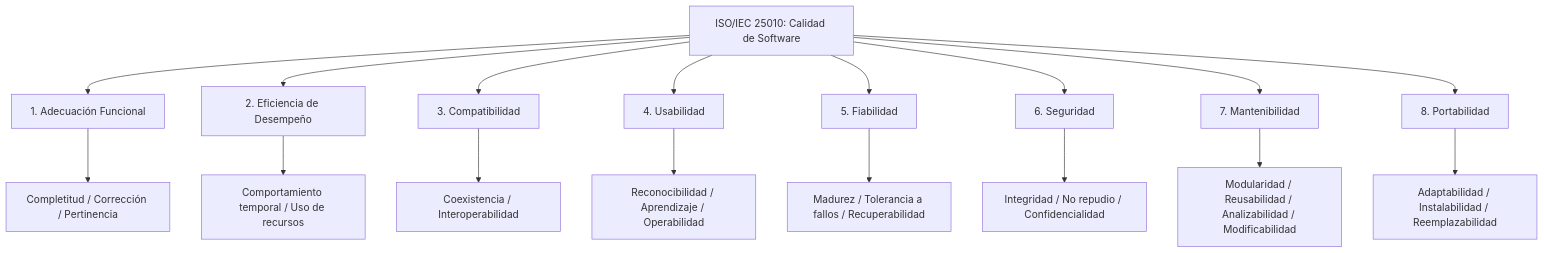
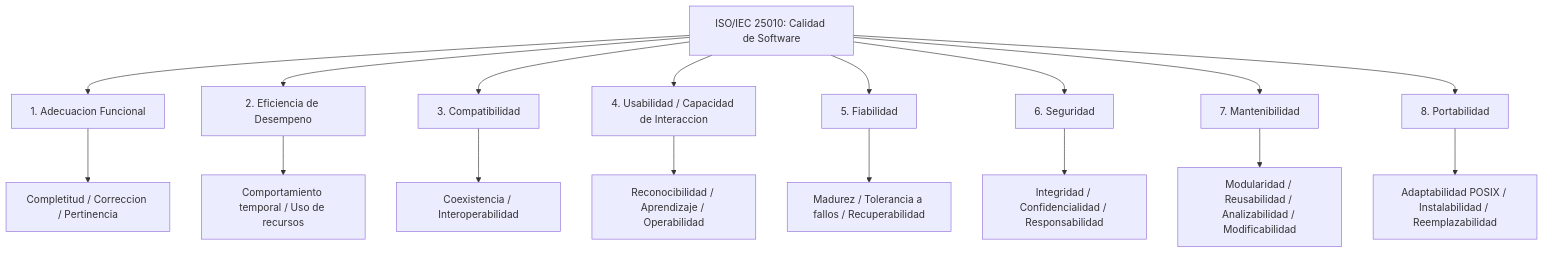
Before and after one commit to jefazo-isc/aguascavulkan: the diagram in docs/ISO_IEC_25010.md, drawn with Mermaid. The commit also changed other lines of this file and 129 other files, not shown here.

````diff
--- a/docs/ISO_IEC_25010.md
+++ b/docs/ISO_IEC_25010.md
@@ -10,22 +10,22 @@
 ```mermaid
 graph TD
     ISO["ISO/IEC 25010: Calidad de Software"]
-    
-    ISO --> C1["1. Adecuación Funcional"]
-    ISO --> C2["2. Eficiencia de Desempeño"]
+
+    ISO --> C1["1. Adecuacion Funcional"]
+    ISO --> C2["2. Eficiencia de Desempeno"]
     ISO --> C3["3. Compatibilidad"]
-    ISO --> C4["4. Usabilidad"]
+    ISO --> C4["4. Usabilidad / Capacidad de Interaccion"]
     ISO --> C5["5. Fiabilidad"]
     ISO --> C6["6. Seguridad"]
     ISO --> C7["7. Mantenibilidad"]
     ISO --> C8["8. Portabilidad"]
-    
-    C1 --> C1_1["Completitud / Corrección / Pertinencia"]
+
+    C1 --> C1_1["Completitud / Correccion / Pertinencia"]
     C2 --> C2_1["Comportamiento temporal / Uso de recursos"]
     C3 --> C3_1["Coexistencia / Interoperabilidad"]
     C4 --> C4_1["Reconocibilidad / Aprendizaje / Operabilidad"]
     C5 --> C5_1["Madurez / Tolerancia a fallos / Recuperabilidad"]
-    C6 --> C6_1["Integridad / No repudio / Confidencialidad"]
+    C6 --> C6_1["Integridad / Confidencialidad / Responsabilidad"]
     C7 --> C7_1["Modularidad / Reusabilidad / Analizabilidad / Modificabilidad"]
-    C8 --> C8_1["Adaptabilidad / Instalabilidad / Reemplazabilidad"]
+    C8 --> C8_1["Adaptabilidad POSIX / Instalabilidad / Reemplazabilidad"]
 ```
````
